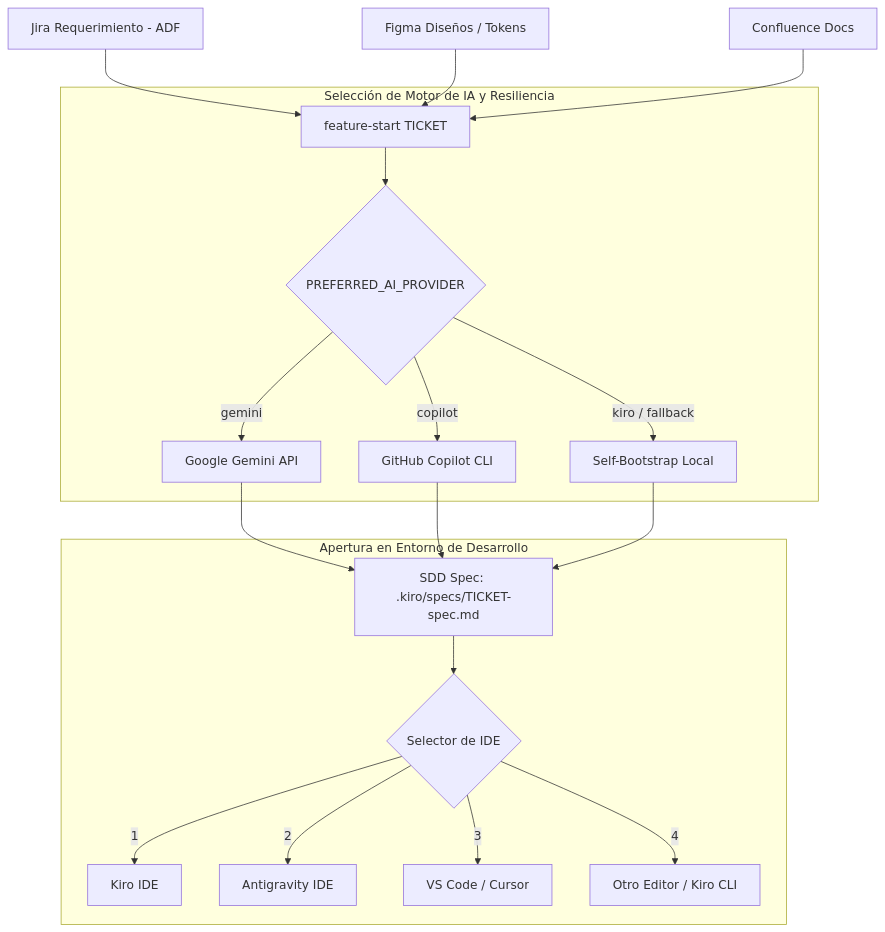
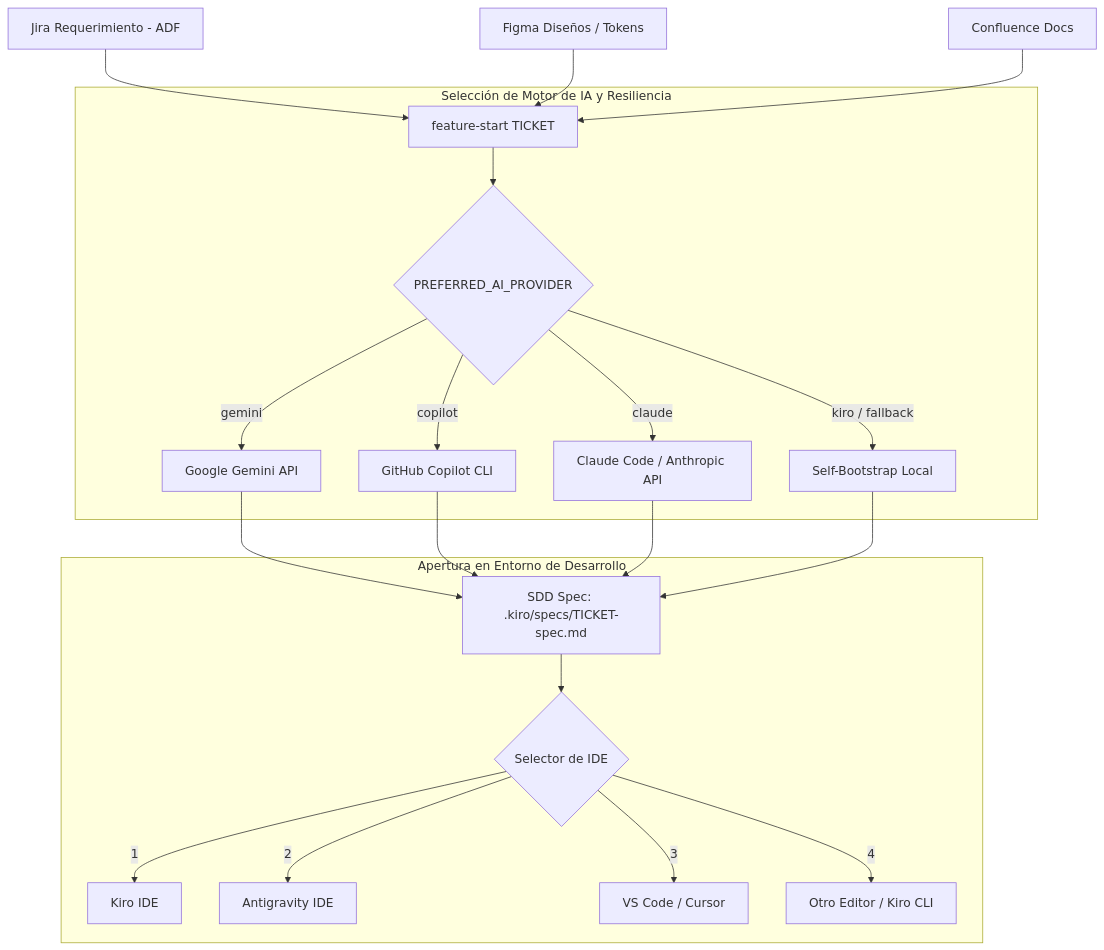
The diagram in README.md (MiguelRmar/aidlc-cli-toolkit), drawn with Mermaid before and after one commit. The commit also changed other lines of this file and 2 other files, not shown here.

Commit message:
feat(feature-start): add Claude (Claude Code CLI & Anthropic API) as AI provider option

````diff
--- a/README.md
+++ b/README.md
@@ -17,25 +17,27 @@
 ```mermaid
 flowchart TD
     Jira["Jira Requerimiento - ADF"] --> FS["feature-start TICKET"]
     Figma["Figma Diseños / Tokens"] --> FS
     Confluence["Confluence Docs"] --> FS
 
     subgraph Motor_IA ["Selección de Motor de IA y Resiliencia"]
         FS --> Selector{"PREFERRED_AI_PROVIDER"}
         Selector -->|"gemini"| Gemini["Google Gemini API"]
         Selector -->|"copilot"| Copilot["GitHub Copilot CLI"]
+        Selector -->|"claude"| Claude["Claude Code / Anthropic API"]
         Selector -->|"kiro / fallback"| KiroBoot["Self-Bootstrap Local"]
     end
 
     Gemini --> LeanSpec["SDD Spec: .kiro/specs/TICKET-spec.md"]
     Copilot --> LeanSpec
+    Claude --> LeanSpec
     KiroBoot --> LeanSpec
 
     subgraph Editores ["Apertura en Entorno de Desarrollo"]
         LeanSpec --> IDE{"Selector de IDE"}
         IDE -->|"1"| Kiro["Kiro IDE"]
         IDE -->|"2"| Antigravity["Antigravity IDE"]
         IDE -->|"3"| VSCode["VS Code / Cursor"]
         IDE -->|"4"| Custom["Otro Editor / Kiro CLI"]
     end
 ```
````
